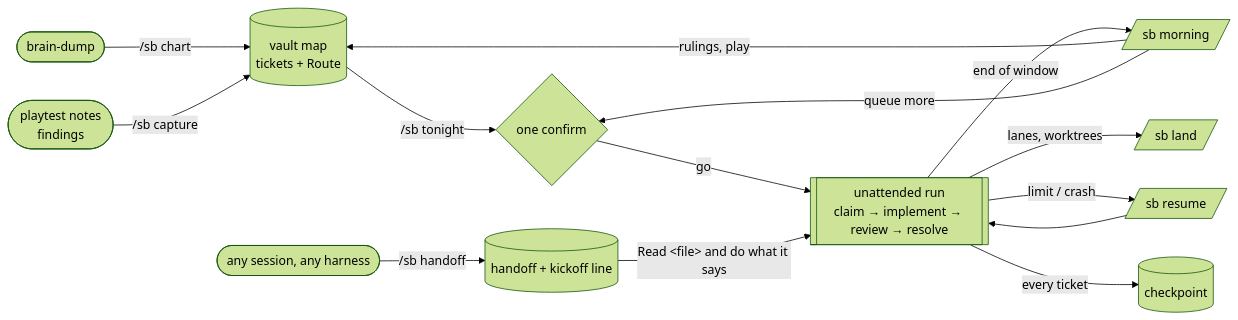
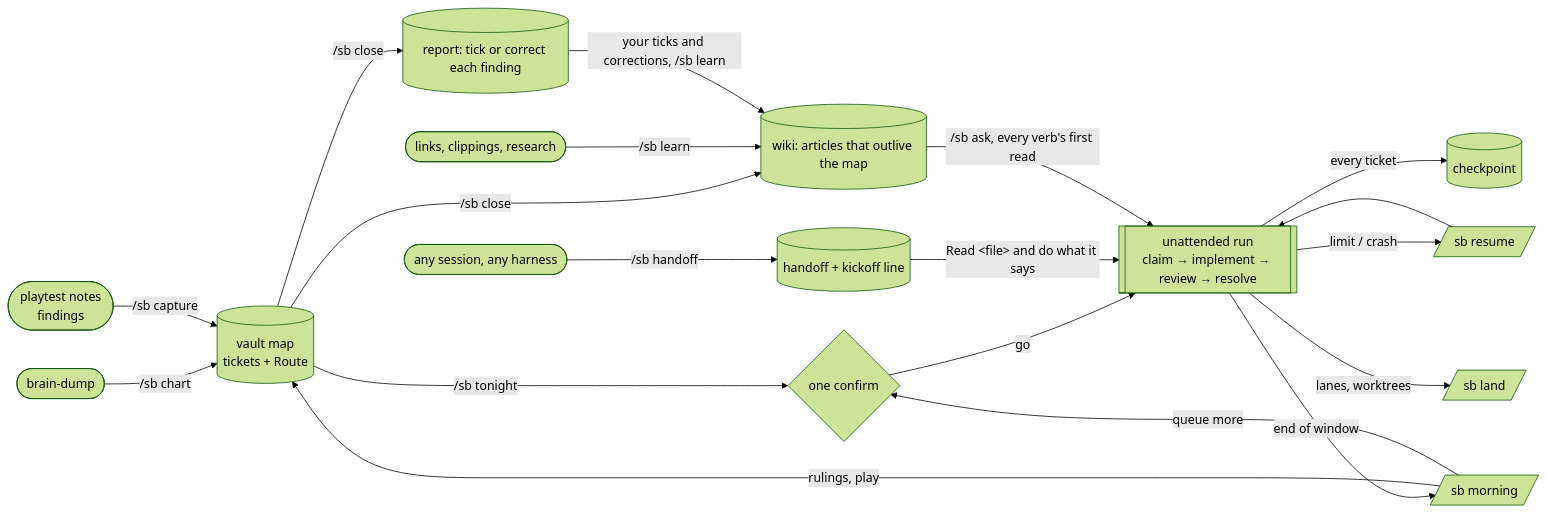
Before and after one commit to DanAmador/SB: the diagram in README.md, drawn with Mermaid (forest theme). The commit also changed other lines of this file and 15 other files, not shown here.

First line of the commit message:
feat: compiled wiki (sbmap wiki), sbmap close, and the learn/ask/close verbs

````diff
--- a/README.md
+++ b/README.md
@@ -10,16 +10,21 @@
 ```mermaid
 flowchart LR
     idea([brain-dump]) -->|/sb chart| map[(vault map<br/>tickets + Route)]
     notes([playtest notes<br/>findings]) -->|/sb capture| map
     map -->|/sb tonight| propose{one confirm}
     propose -->|go| run[[unattended run<br/>claim → implement → review → resolve]]
     run -->|every ticket| cp[(checkpoint)]
     run -->|limit / crash| resume[/sb resume/]
     resume --> run
     run -->|end of window| morning[/sb morning/]
     morning -->|rulings, play| map
     morning -->|queue more| propose
     run -->|lanes, worktrees| land[/sb land/]
     anysession([any session, any harness]) -->|/sb handoff| ho[(handoff + kickoff line)]
     ho -->|"Read #lt;file#gt; and do what it says"| run
+    map -->|/sb close| report[(report: tick or correct each finding)]
+    map -->|/sb close| wiki[(wiki: articles that outlive the map)]
+    sources([links, clippings, research]) -->|/sb learn| wiki
+    report -->|your ticks and corrections, /sb learn| wiki
+    wiki -->|/sb ask, every verb's first read| run
 ```
````
